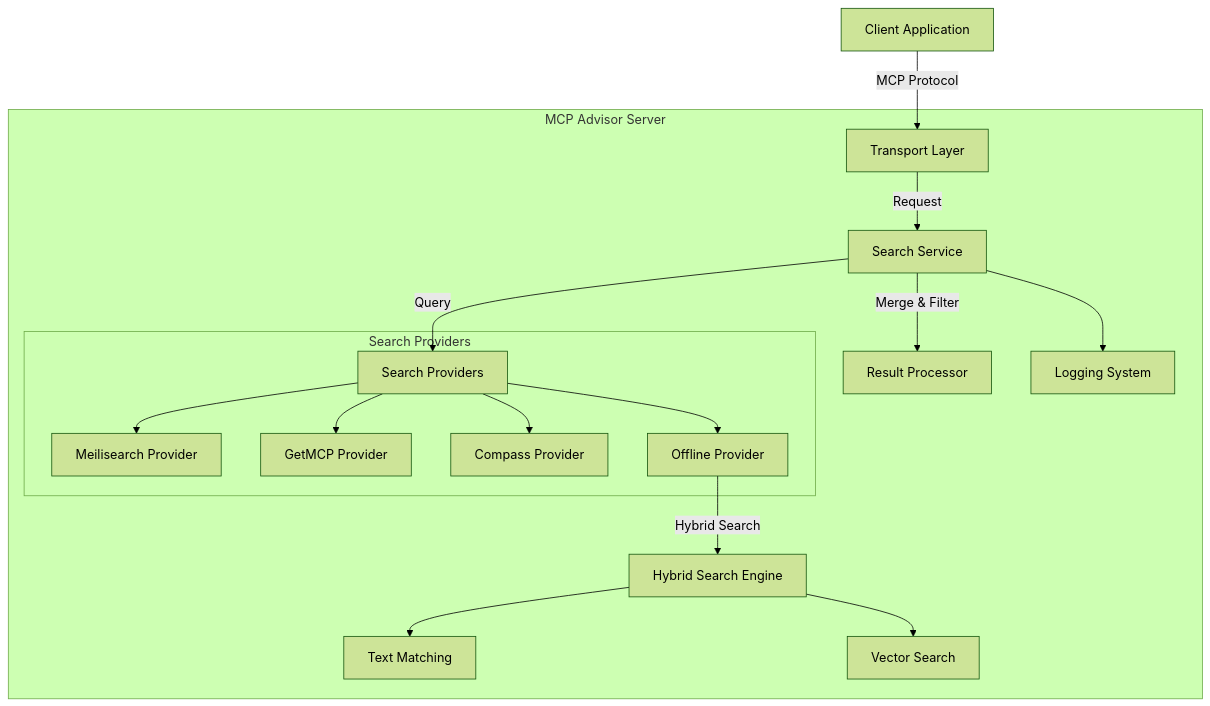
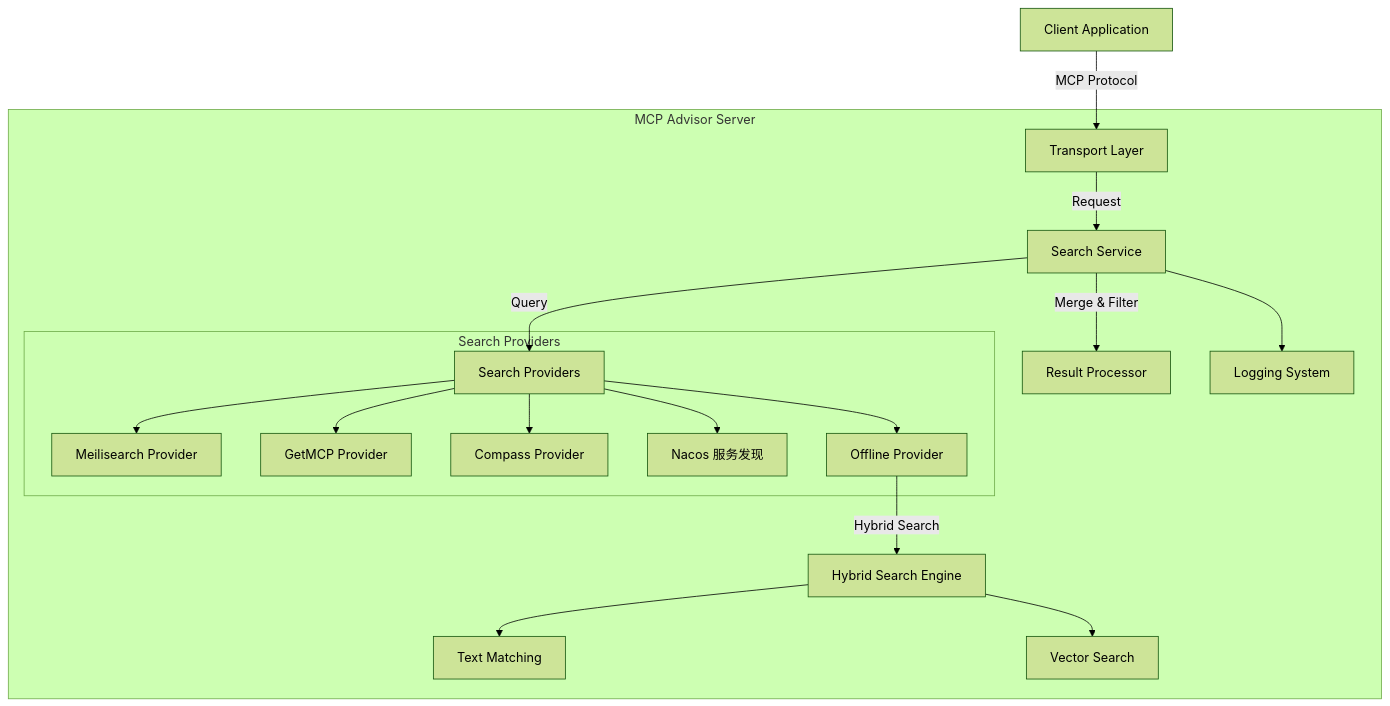
The diagram in README_zh.md (OI-OS/OI-mcpadvisor), drawn with Mermaid (forest theme) before and after one commit. The commit also changed other lines of this file and 14 other files, not shown here.

First line of the commit message:
feat: Add Nacos provider for MCP server discovery

````diff
--- a/README_zh.md
+++ b/README_zh.md
@@ -82,24 +87,25 @@
 ```mermaid
 graph TD
     Client["Client Application"] --> |"MCP Protocol"| Transport["Transport Layer"]
     
     subgraph "MCP Advisor Server"
         Transport --> |"Request"| SearchService["Search Service"]
         SearchService --> |"Query"| Providers["Search Providers"]
         
         subgraph "Search Providers"
             Providers --> MeilisearchProvider["Meilisearch Provider"]
             Providers --> GetMcpProvider["GetMCP Provider"]
             Providers --> CompassProvider["Compass Provider"]
+            Providers --> NacosProvider["Nacos 服务发现"]
             Providers --> OfflineProvider["Offline Provider"]
         end
         
         OfflineProvider --> |"Hybrid Search"| HybridSearch["Hybrid Search Engine"]
         HybridSearch --> TextMatching["Text Matching"]
         HybridSearch --> VectorSearch["Vector Search"]
         
         SearchService --> |"Merge & Filter"| ResultProcessor["Result Processor"]
         
         SearchService --> Logger["Logging System"]
     end
 ```
````
